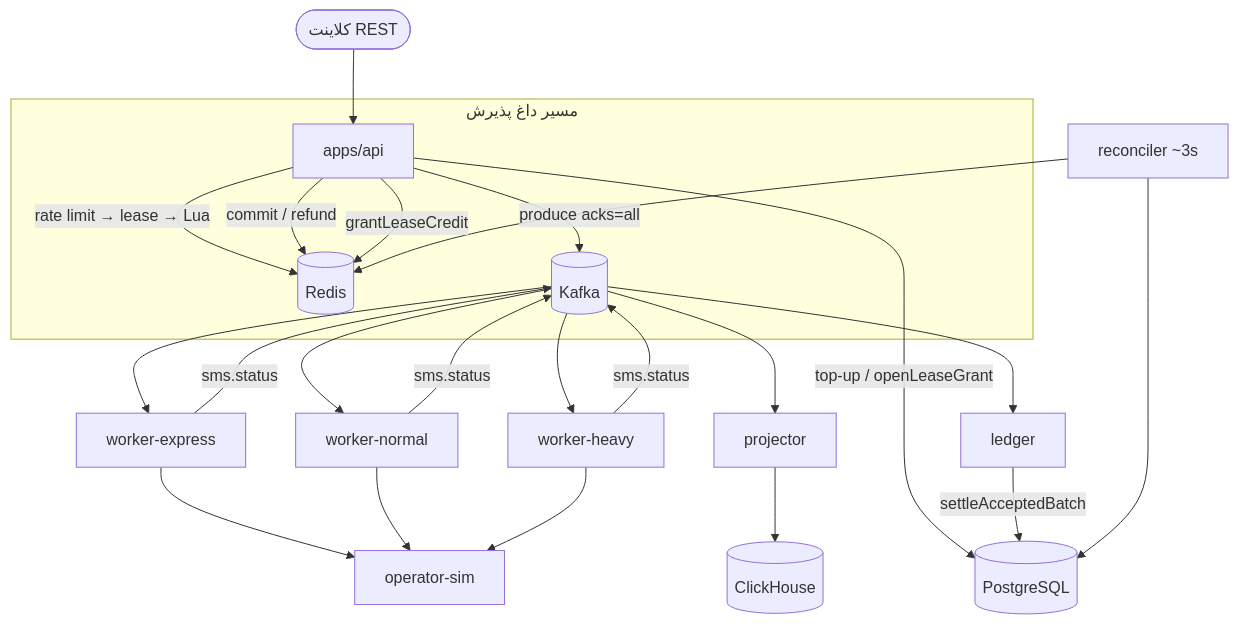
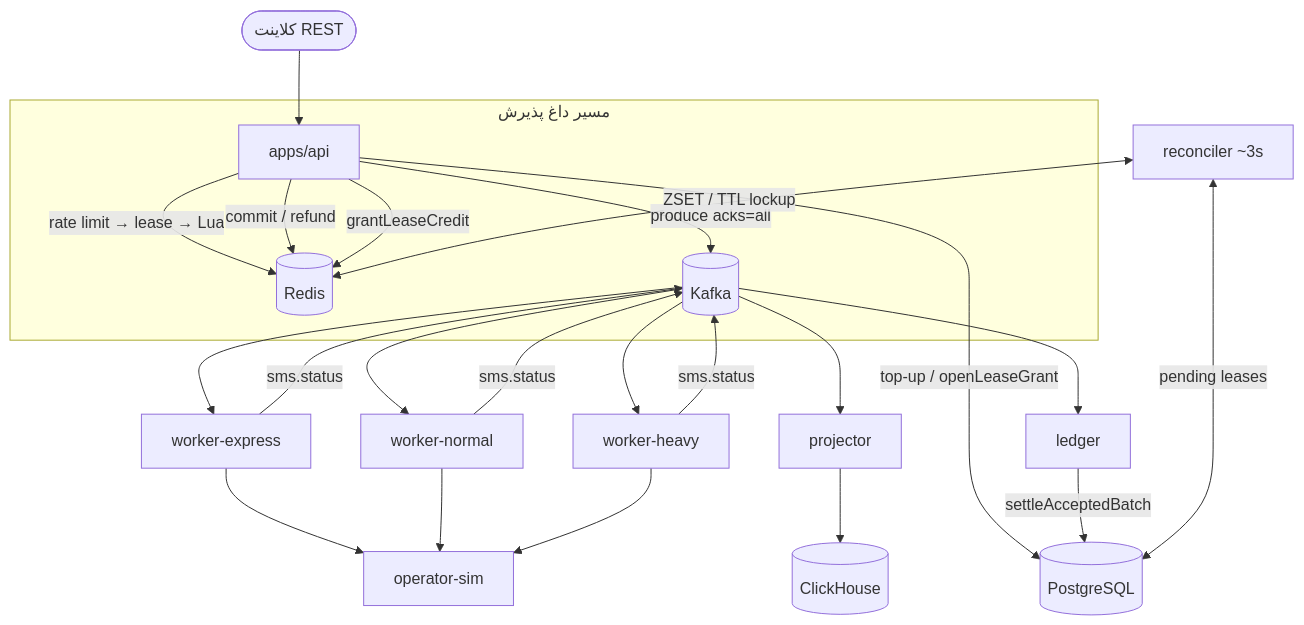
Before and after one commit to miladadli/PulseGate: the first of 4 diagrams in docs/ARCHITECTURE.fa.md, drawn with Mermaid. The commit also changed other lines of this file and 11 other files, not shown here.

First line of the commit message:
fix sms lookup, reconciler ttl handling, and architecture diagrams

````diff
--- a/docs/ARCHITECTURE.fa.md
+++ b/docs/ARCHITECTURE.fa.md
@@ -31,30 +33,31 @@
 ```mermaid
 flowchart TB
   Client(["کلاینت REST"]) --> API["apps/api"]
 
   subgraph hot ["مسیر داغ پذیرش"]
     API -->|"rate limit → lease → Lua"| Redis[(Redis)]
     API -->|"produce acks=all"| Kafka[(Kafka)]
     API -->|commit / refund| Redis
   end
 
   API -->|top-up / openLeaseGrant| PG[(PostgreSQL)]
   API -->|grantLeaseCredit| Redis
 
   Kafka --> WX["worker-express"]
   Kafka --> WN["worker-normal"]
   Kafka --> WH["worker-heavy"]
   WX --> Op["operator-sim"]
   WN --> Op
   WH --> Op
   WX -->|sms.status| Kafka
   WN -->|sms.status| Kafka
   WH -->|sms.status| Kafka
 
   Kafka --> Proj["projector"]
   Proj --> CH[(ClickHouse)]
   Kafka --> Led["ledger"]
   Led -->|settleAcceptedBatch| PG
-  Rec["reconciler ~3s"] --> Redis
-  Rec --> PG
+
+  Rec["reconciler ~3s"] <-->|"ZSET / TTL lockup"| Redis
+  Rec <-->|"pending leases"| PG
 ```
````
